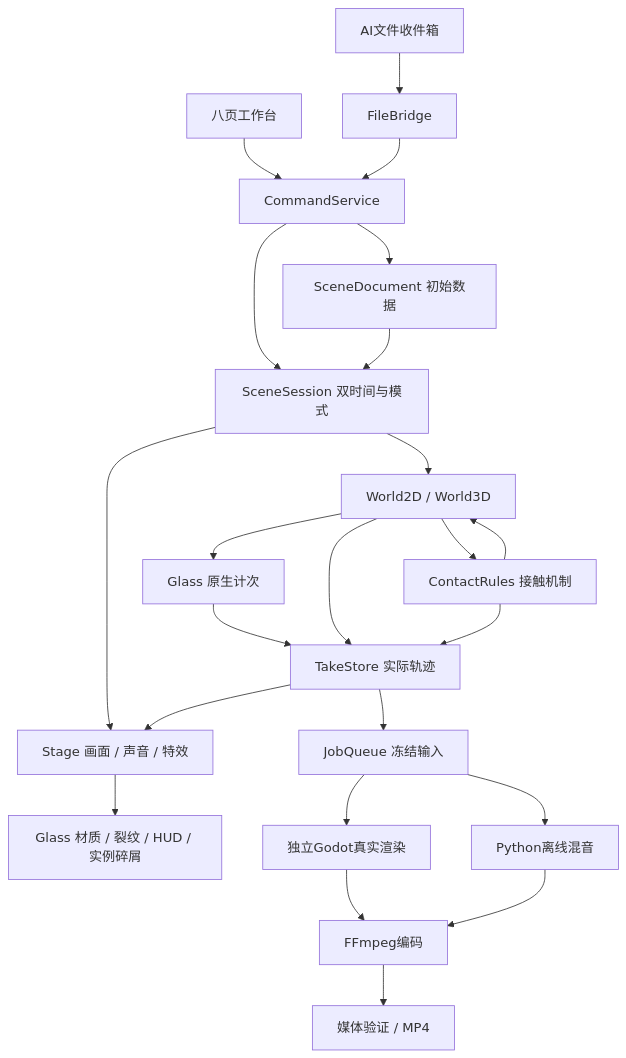
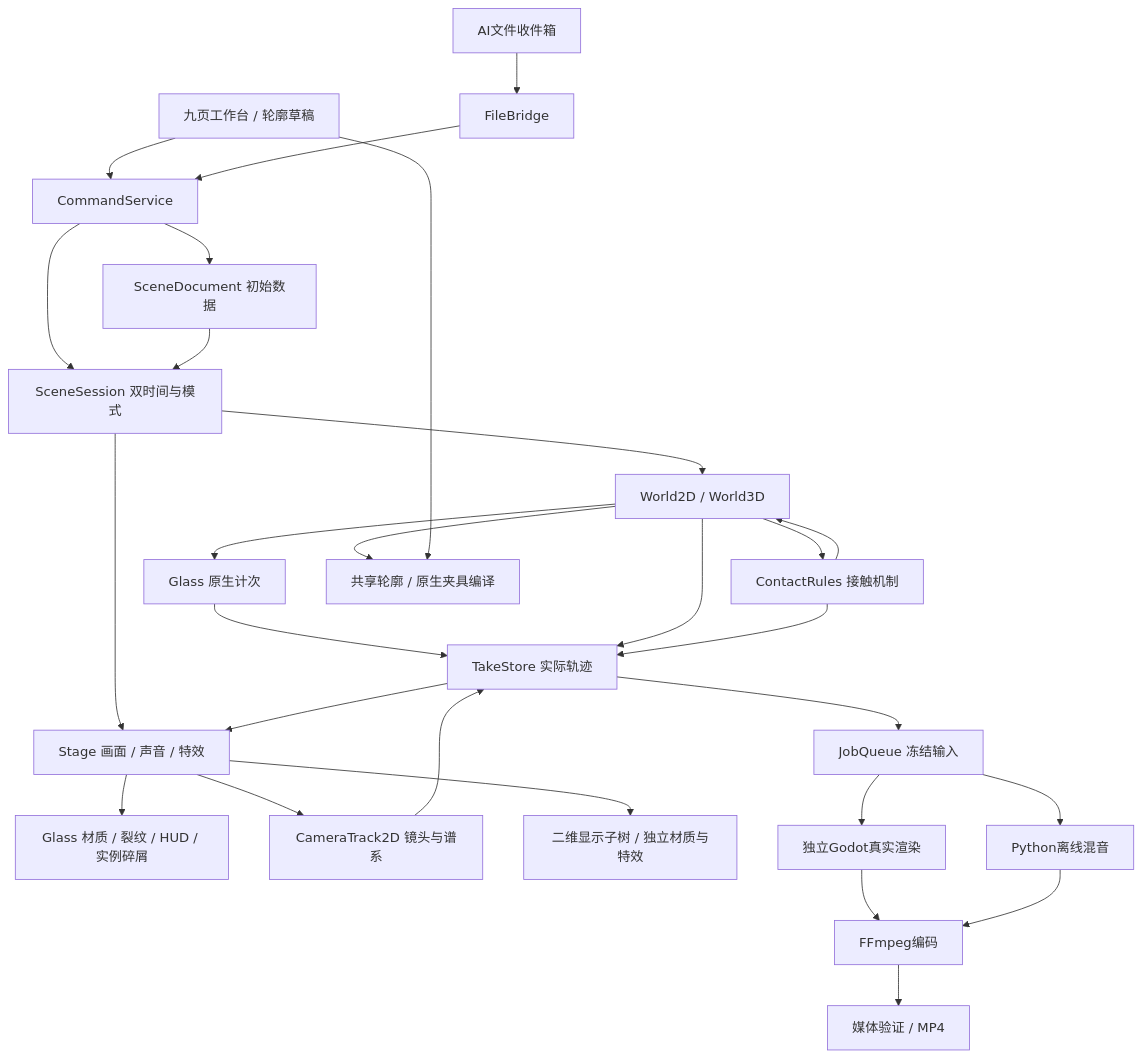
One commit to ELPSYKONGR/GodotWorkspace changed the diagram in FILE_INDEX.md. Above: the diagram before and after it, drawn with Mermaid. The commit also changed other lines of this file and 69 other files, not shown here.

````diff
--- a/FILE_INDEX.md
+++ b/FILE_INDEX.md
@@ -157,25 +174,30 @@
 ```mermaid
 flowchart TD
-  UI[八页工作台] --> CMD[CommandService]
+  UI[九页工作台 / 轮廓草稿] --> CMD[CommandService]
   AI[AI文件收件箱] --> Bridge[FileBridge]
   Bridge --> CMD
   CMD --> Doc[SceneDocument 初始数据]
   CMD --> Session[SceneSession 双时间与模式]
   Doc --> Session
   Session --> World[World2D / World3D]
   World --> GlassDamage[Glass 原生计次]
   GlassDamage --> Take
   Stage --> GlassView[Glass 材质 / 裂纹 / HUD / 实例碎屑]
   World --> Rules[ContactRules 接触机制]
   Rules --> World
   World --> Take[TakeStore 实际轨迹]
   Rules --> Take
   Session --> Stage[Stage 画面 / 声音 / 特效]
+  Stage --> Camera[CameraTrack2D 镜头与谱系]
+  Camera --> Take
+  Stage --> Visuals[二维显示子树 / 独立材质与特效]
+  World --> Geometry[共享轮廓 / 原生夹具编译]
+  UI --> Geometry
   Take --> Stage
   Take --> Job[JobQueue 冻结输入]
   Job --> Renderer[独立Godot真实渲染]
   Job --> Mix[Python离线混音]
   Renderer --> Encode[FFmpeg编码]
   Mix --> Encode
   Encode --> Check[媒体验证 / MP4]
 ```
````
